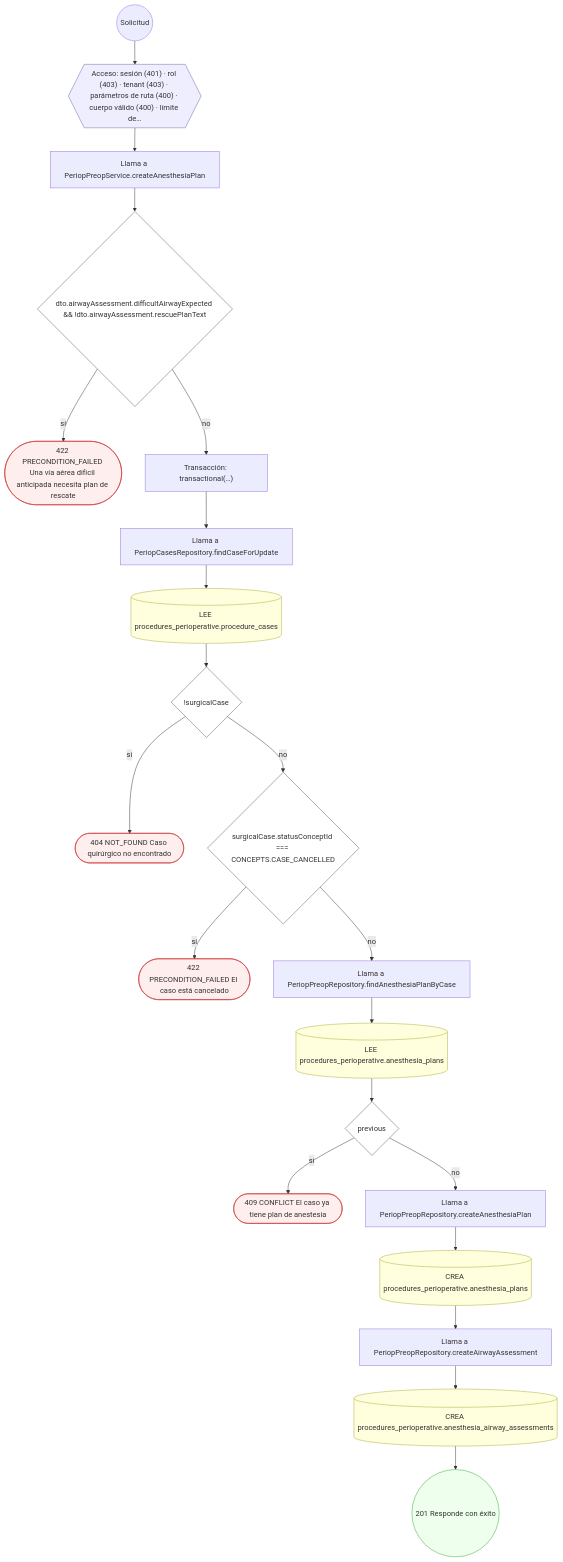
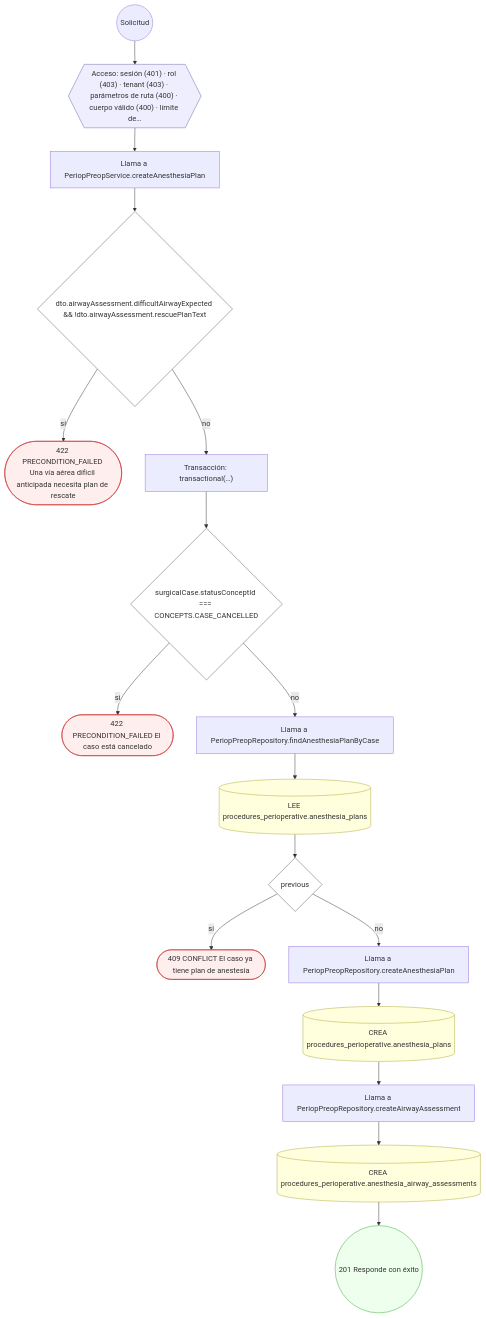
The tenth of 30 diagrams in docs/inventario/flujos/procedures_perioperative.md (mdavila-2001/mantra-core-health-api), drawn with Mermaid before and after one commit. The commit also changed other lines of this file and 438 other files, not shown here.

````diff
--- a/docs/inventario/flujos/procedures_perioperative.md
+++ b/docs/inventario/flujos/procedures_perioperative.md
@@ -1050,50 +1071,42 @@
 ```mermaid
 flowchart TD
   n1(("Solicitud")):::inicio
   n2{{"Acceso: sesión (401) · rol (403) · tenant (403) · parámetros de ruta (400) · cuerpo válido (400) · límite de…"}}:::acceso
   n1 --> n2
   n3["Llama a PeriopPreopService.createAnesthesiaPlan"]:::llamada
   n2 --> n3
   n4{"dto.airwayAssessment.difficultAirwayExpected && !dto.airwayAssessment.rescuePlanText"}:::decision
   n3 --> n4
   n5(["422 PRECONDITION_FAILED Una vía aérea difícil anticipada necesita plan de rescate"]):::error
   n4 -->|"sí"| n5
   n6["Transacción: transactional(…)"]:::transaccion
   n4 -->|"no"| n6
-  n7["Llama a PeriopCasesRepository.findCaseForUpdate"]:::llamada
+  n7{"surgicalCase.statusConceptId === CONCEPTS.CASE_CANCELLED"}:::decision
   n6 --> n7
-  n8[("LEE procedures_perioperative.procedure_cases")]:::efecto
-  n7 --> n8
-  n9{"!surgicalCase"}:::decision
-  n8 --> n9
-  n10(["404 NOT_FOUND Caso quirúrgico no encontrado"]):::error
-  n9 -->|"sí"| n10
-  n11{"surgicalCase.statusConceptId === CONCEPTS.CASE_CANCELLED"}:::decision
-  n9 -->|"no"| n11
-  n12(["422 PRECONDITION_FAILED El caso está cancelado"]):::error
+  n8(["422 PRECONDITION_FAILED El caso está cancelado"]):::error
+  n7 -->|"sí"| n8
+  n9["Llama a PeriopPreopRepository.findAnesthesiaPlanByCase"]:::llamada
+  n7 -->|"no"| n9
+  n10[("LEE procedures_perioperative.anesthesia_plans")]:::efecto
+  n9 --> n10
+  n11{"previous"}:::decision
+  n10 --> n11
+  n12(["409 CONFLICT El caso ya tiene plan de anestesia"]):::error
   n11 -->|"sí"| n12
-  n13["Llama a PeriopPreopRepository.findAnesthesiaPlanByCase"]:::llamada
+  n13["Llama a PeriopPreopRepository.createAnesthesiaPlan"]:::llamada
   n11 -->|"no"| n13
-  n14[("LEE procedures_perioperative.anesthesia_plans")]:::efecto
+  n14[("CREA procedures_perioperative.anesthesia_plans")]:::efecto
   n13 --> n14
-  n15{"previous"}:::decision
+  n15["Llama a PeriopPreopRepository.createAirwayAssessment"]:::llamada
   n14 --> n15
-  n16(["409 CONFLICT El caso ya tiene plan de anestesia"]):::error
-  n15 -->|"sí"| n16
-  n17["Llama a PeriopPreopRepository.createAnesthesiaPlan"]:::llamada
-  n15 -->|"no"| n17
-  n18[("CREA procedures_perioperative.anesthesia_plans")]:::efecto
-  n17 --> n18
-  n19["Llama a PeriopPreopRepository.createAirwayAssessment"]:::llamada
-  n18 --> n19
-  n20[("CREA procedures_perioperative.anesthesia_airway_assessments")]:::efecto
-  n19 --> n20
-  n21(("201 Responde con éxito")):::ok
-  n20 --> n21
+  n16[("CREA procedures_perioperative.anesthesia_airway_assessments")]:::efecto
+  n15 --> n16
+  n17(("201 Responde con éxito")):::ok
+  n16 --> n17
   classDef acceso fill:#eef,stroke:#66a
   classDef error fill:#fee,stroke:#c33
   classDef ok fill:#efe,stroke:#3a3
   classDef efecto fill:#ffd,stroke:#aa3
   classDef decision fill:#fff,stroke:#555
   classDef corte fill:#eee,stroke:#999,stroke-dasharray: 4
 ```
````
